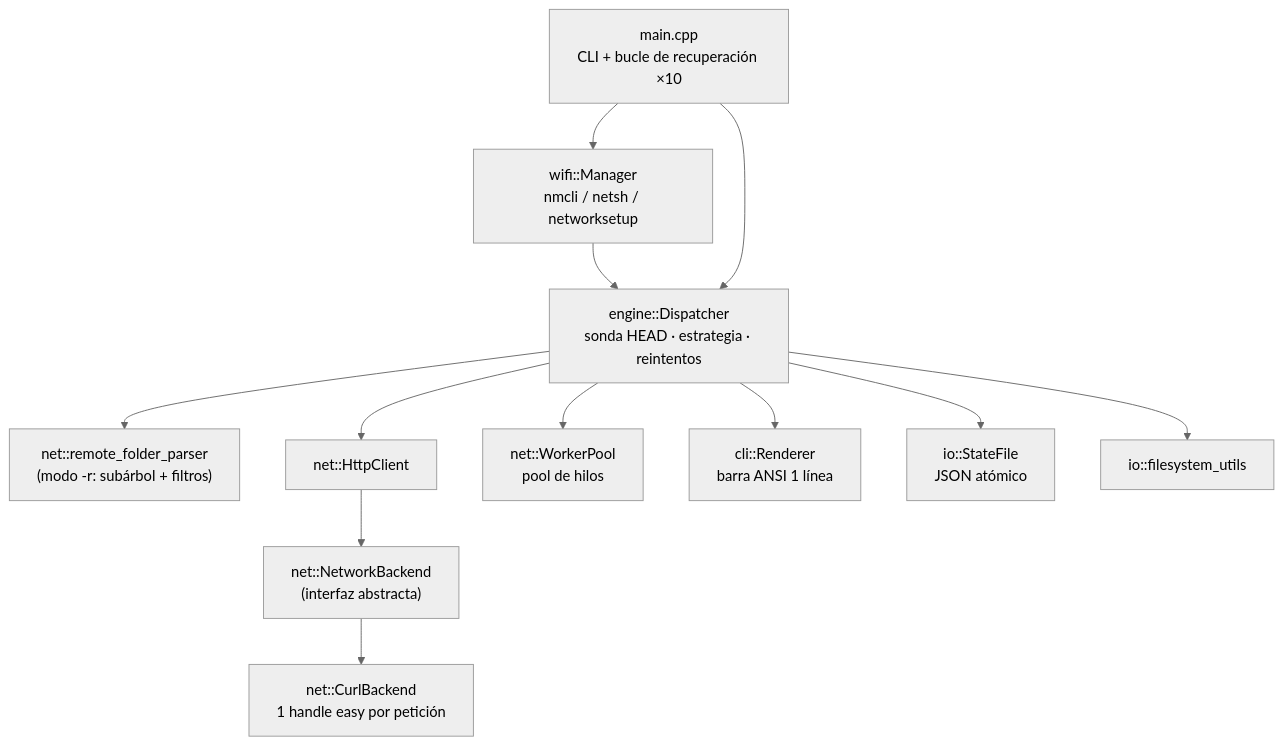
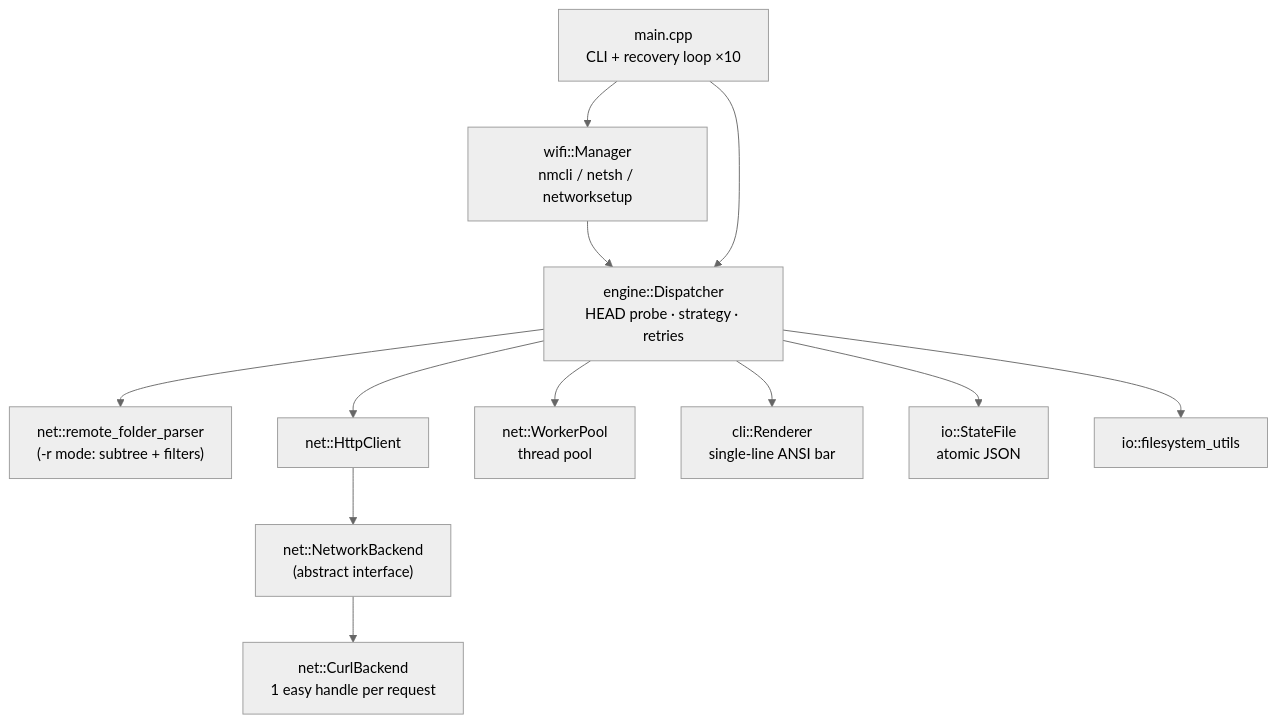
One commit to ramirezpupol/lux changed the diagram in README.md. Above: the diagram before and after it, drawn with Mermaid (neutral theme). The commit also changed other lines of this file and 6 other files, not shown here.

````diff
--- a/README.md
+++ b/README.md
@@ -253,23 +299,23 @@
 ```mermaid
 flowchart TB
-    M[main.cpp<br/>CLI + bucle de recuperación ×10]
+    M[main.cpp<br/>CLI + recovery loop ×10]
     W[wifi::Manager<br/>nmcli / netsh / networksetup]
-    D[engine::Dispatcher<br/>sonda HEAD · estrategia · reintentos]
-    P["net::remote_folder_parser<br/>(modo -r: subárbol + filtros)"]
+    D[engine::Dispatcher<br/>HEAD probe · strategy · retries]
+    P["net::remote_folder_parser<br/>(-r mode: subtree + filters)"]
     HC[net::HttpClient]
-    B["net::NetworkBackend<br/>(interfaz abstracta)"]
-    CB["net::CurlBackend<br/>1 handle easy por petición"]
-    WP[net::WorkerPool<br/>pool de hilos]
-    R[cli::Renderer<br/>barra ANSI 1 línea]
-    SF[io::StateFile<br/>JSON atómico]
+    B["net::NetworkBackend<br/>(abstract interface)"]
+    CB["net::CurlBackend<br/>1 easy handle per request"]
+    WP[net::WorkerPool<br/>thread pool]
+    R[cli::Renderer<br/>single-line ANSI bar]
+    SF[io::StateFile<br/>atomic JSON]
     FS[io::filesystem_utils]
 
     M --> W --> D
     M --> D
     D --> P
     D --> HC --> B --> CB
     D --> WP
     D --> R
     D --> SF
     D --> FS
 ```
````
